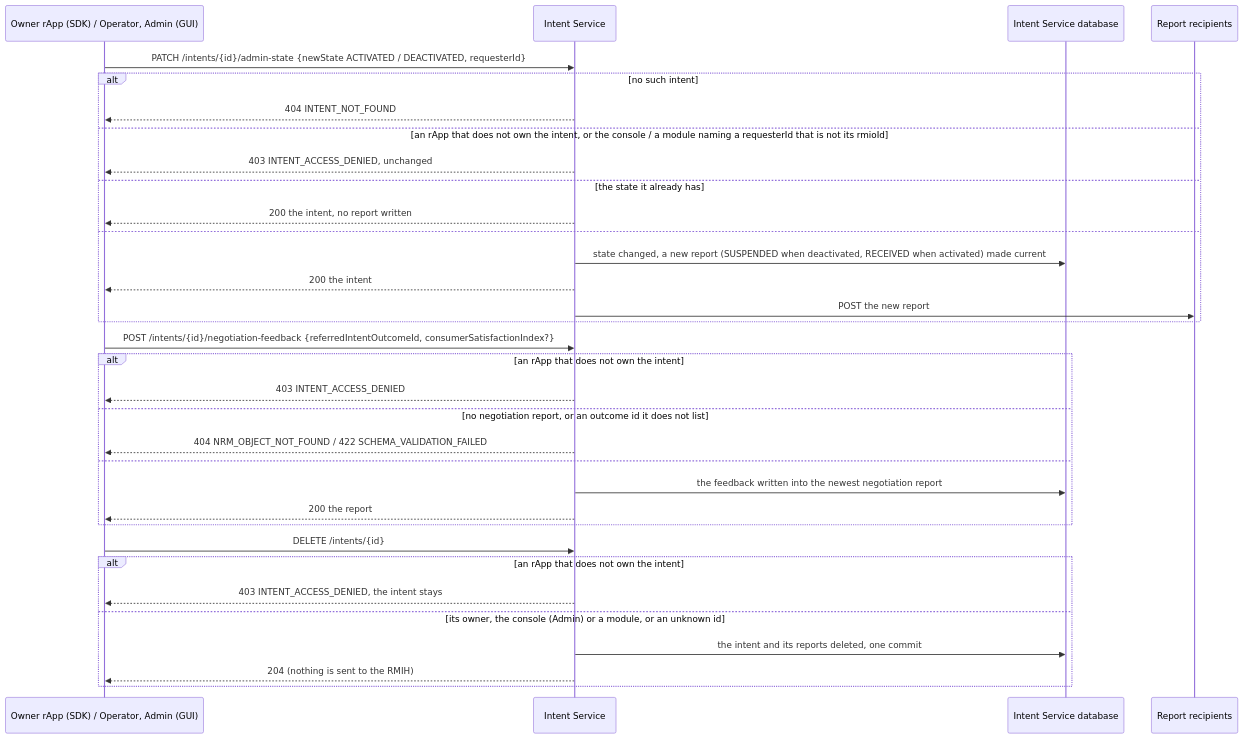
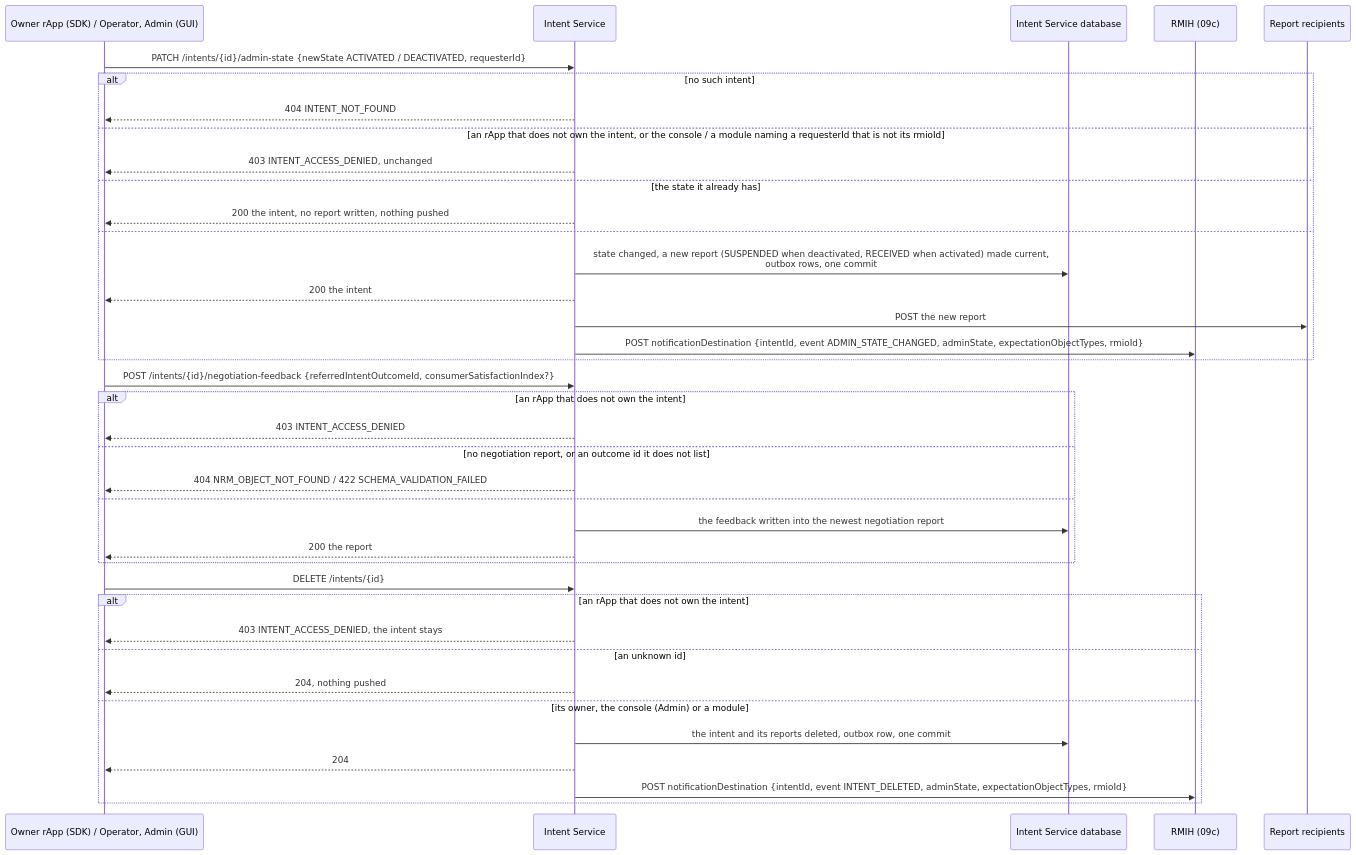
The second of 5 diagrams in smo/docs/call-flows/09-intent-service-intent-flow.md (rsys-bshankar/ai-ran-smo), drawn with Mermaid before and after one commit. The commit also changed other lines of this file and 29 other files, not shown here.

````diff
--- a/smo/docs/call-flows/09-intent-service-intent-flow.md
+++ b/smo/docs/call-flows/09-intent-service-intent-flow.md
@@ -62,36 +62,41 @@
 ```mermaid
 sequenceDiagram
     participant C as Owner rApp (SDK) / Operator, Admin (GUI)
     participant IS as Intent Service
     participant DB as Intent Service database
+    participant H as RMIH (09c)
     participant RR as Report recipients
 
     C->>IS: PATCH /intents/{id}/admin-state {newState ACTIVATED / DEACTIVATED, requesterId}
     alt no such intent
         IS-->>C: 404 INTENT_NOT_FOUND
     else an rApp that does not own the intent, or the console / a module naming a requesterId that is not its rmioId
         IS-->>C: 403 INTENT_ACCESS_DENIED, unchanged
     else the state it already has
-        IS-->>C: 200 the intent, no report written
+        IS-->>C: 200 the intent, no report written, nothing pushed
     else
-        IS->>DB: state changed, a new report (SUSPENDED when deactivated, RECEIVED when activated) made current
+        IS->>DB: state changed, a new report (SUSPENDED when deactivated, RECEIVED when activated) made current,<br/>outbox rows, one commit
         IS-->>C: 200 the intent
         IS->>RR: POST the new report
+        IS->>H: POST notificationDestination {intentId, event ADMIN_STATE_CHANGED, adminState, expectationObjectTypes, rmioId}
     end
     C->>IS: POST /intents/{id}/negotiation-feedback {referredIntentOutcomeId, consumerSatisfactionIndex?}
     alt an rApp that does not own the intent
         IS-->>C: 403 INTENT_ACCESS_DENIED
     else no negotiation report, or an outcome id it does not list
         IS-->>C: 404 NRM_OBJECT_NOT_FOUND / 422 SCHEMA_VALIDATION_FAILED
     else
         IS->>DB: the feedback written into the newest negotiation report
         IS-->>C: 200 the report
     end
     C->>IS: DELETE /intents/{id}
     alt an rApp that does not own the intent
         IS-->>C: 403 INTENT_ACCESS_DENIED, the intent stays
-    else its owner, the console (Admin) or a module, or an unknown id
-        IS->>DB: the intent and its reports deleted, one commit
-        IS-->>C: 204 (nothing is sent to the RMIH)
+    else an unknown id
+        IS-->>C: 204, nothing pushed
+    else its owner, the console (Admin) or a module
+        IS->>DB: the intent and its reports deleted, outbox row, one commit
+        IS-->>C: 204
+        IS->>H: POST notificationDestination {intentId, event INTENT_DELETED, adminState, expectationObjectTypes, rmioId}
     end
 ```
````
